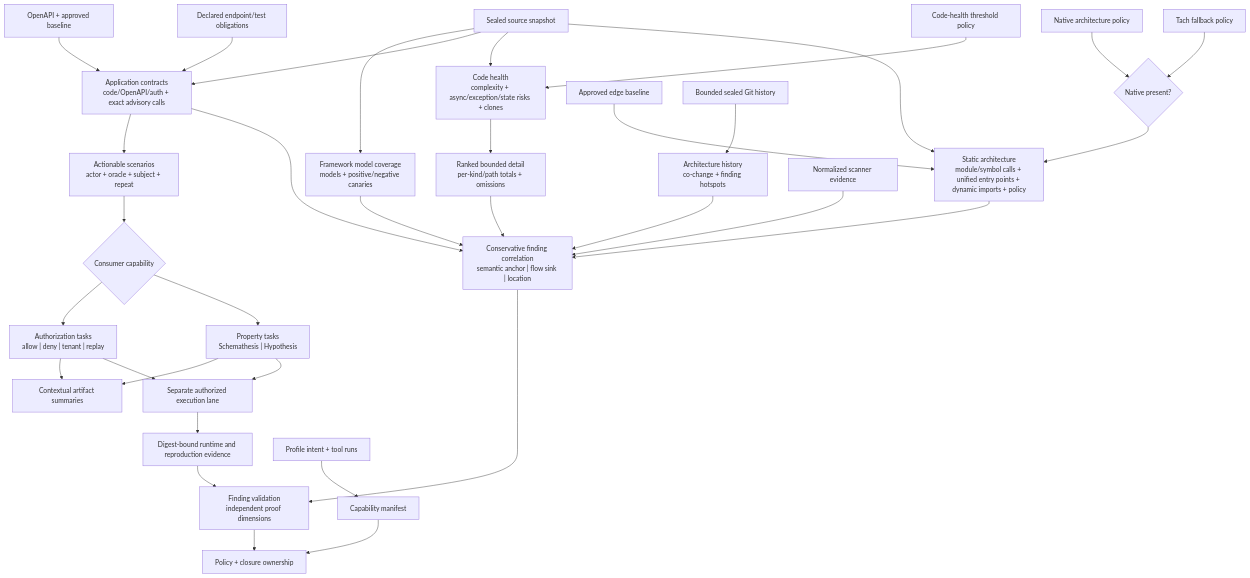
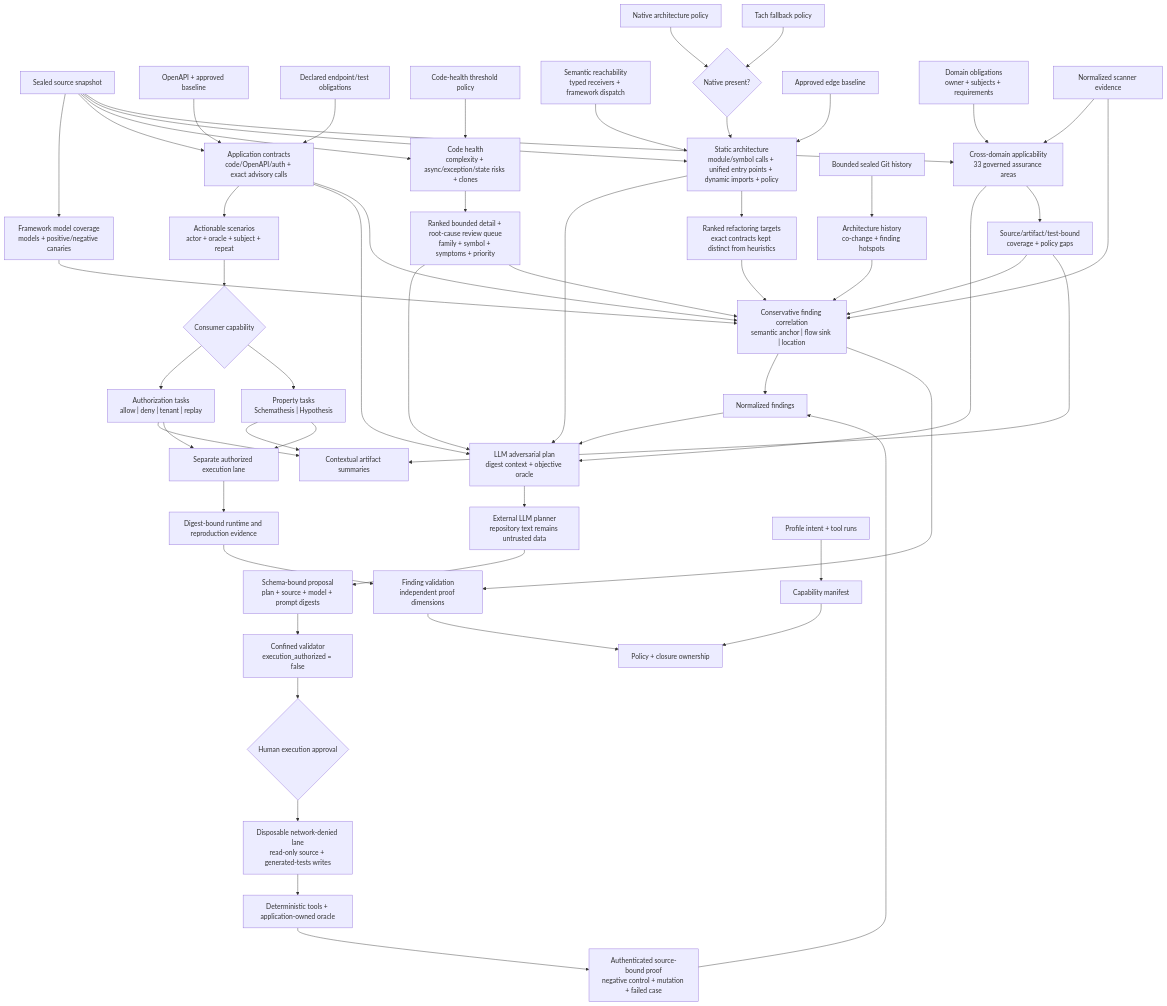
The second of 17 diagrams in docs/design.md (willtran87/project-py-security-suite), drawn with Mermaid before and after one commit. The commit also changed other lines of this file and 50 other files, not shown here.

Commit message:
feat: add governed domain and LLM adversarial assurance

````diff
--- a/docs/design.md
+++ b/docs/design.md
@@ -76,36 +76,58 @@
 ```mermaid
 flowchart TB
     Source["Sealed source snapshot"] --> Frameworks["Framework model coverage<br/>models + positive/negative canaries"]
     Source --> Contracts["Application contracts<br/>code/OpenAPI/auth + exact advisory calls"]
     OpenAPI["OpenAPI + approved baseline"] --> Contracts
     ContractPolicy["Declared endpoint/test obligations"] --> Contracts
     Contracts --> Scenarios["Actionable scenarios<br/>actor + oracle + subject + repeat"]
     Scenarios --> CapabilityRoute{"Consumer capability"}
     CapabilityRoute --> AuthTasks["Authorization tasks<br/>allow | deny | tenant | replay"]
     CapabilityRoute --> PropertyTasks["Property tasks<br/>Schemathesis | Hypothesis"]
     Source --> Health["Code health<br/>complexity + async/exception/state risks + clones"]
     HealthPolicy["Code-health threshold policy"] --> Health
-    Health --> RankedHealth["Ranked bounded detail<br/>per-kind/path totals + omissions"]
+    Health --> RankedHealth["Ranked bounded detail + root-cause review queue<br/>family + symbol + symptoms + priority"]
     Source --> Architecture["Static architecture<br/>module/symbol calls + unified entry points + dynamic imports + policy"]
+    Reachability["Semantic reachability<br/>typed receivers + framework dispatch"] --> Architecture
     NativePolicy["Native architecture policy"] --> PolicySelect{"Native present?"}
     TachPolicy["Tach fallback policy"] --> PolicySelect
     PolicySelect --> Architecture
     EdgeBaseline["Approved edge baseline"] --> Architecture
+    Source --> Domains["Cross-domain applicability<br/>33 governed assurance areas"]
+    Correlate --> Findings["Normalized findings"]
+    Findings --> LLMPlan["LLM adversarial plan<br/>digest context + objective oracle"]
+    Domains --> LLMPlan
+    Contracts --> LLMPlan
+    RankedHealth --> LLMPlan
+    Architecture --> LLMPlan
+    LLMPlan --> Model["External LLM planner<br/>repository text remains untrusted data"]
+    Model --> Proposal["Schema-bound proposal<br/>plan + source + model + prompt digests"]
+    Proposal --> ProposalCheck["Confined validator<br/>execution_authorized = false"]
+    ProposalCheck --> Approval{"Human execution approval"}
+    Approval --> Sandbox["Disposable network-denied lane<br/>read-only source + generated-tests writes"]
+    Sandbox --> AdversarialTools["Deterministic tools + application-owned oracle"]
+    AdversarialTools --> Proof["Authenticated source-bound proof<br/>negative control + mutation + failed case"]
+    Proof --> Findings
+    DomainPolicy["Domain obligations<br/>owner + subjects + requirements"] --> Domains
+    ToolEvidence --> Domains
+    Domains --> DomainStatus["Source/artifact/test-bound<br/>coverage + policy gaps"]
     History["Bounded sealed Git history"] --> Temporal["Architecture history<br/>co-change + finding hotspots"]
     ToolEvidence["Normalized scanner evidence"] --> Correlate["Conservative finding correlation<br/>semantic anchor | flow sink | location"]
     Frameworks --> Correlate
     Contracts --> Correlate
     AuthTasks --> Reports["Contextual artifact summaries"]
     PropertyTasks --> Reports
     RankedHealth --> Correlate
-    Architecture --> Correlate
+    Architecture --> Refactor["Ranked refactoring targets<br/>exact contracts kept distinct from heuristics"]
+    Refactor --> Correlate
     Temporal --> Correlate
+    DomainStatus --> Correlate
+    DomainStatus --> Reports
     Correlate --> Validation["Finding validation<br/>independent proof dimensions"]
     AuthTasks --> AuthorizedLane["Separate authorized execution lane"]
     PropertyTasks --> AuthorizedLane
     AuthorizedLane --> Runtime["Digest-bound runtime and reproduction evidence"]
     Runtime --> Validation
     Validation --> Policy["Policy + closure ownership"]
     Capabilities["Profile intent + tool runs"] --> Manifest["Capability manifest"]
     Manifest --> Policy
 ```
````
